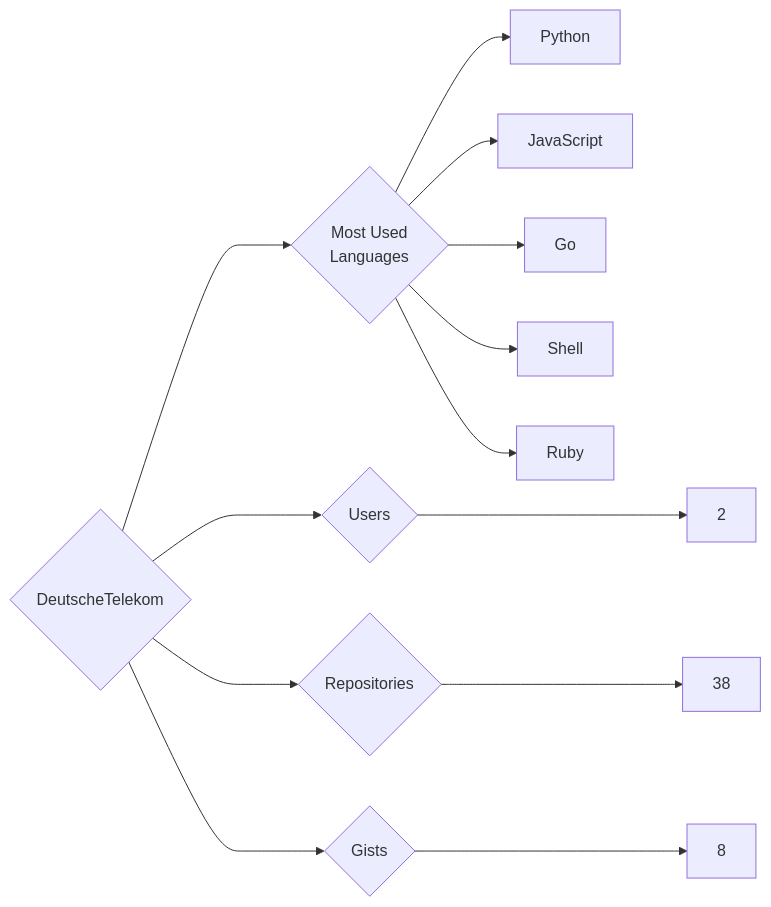
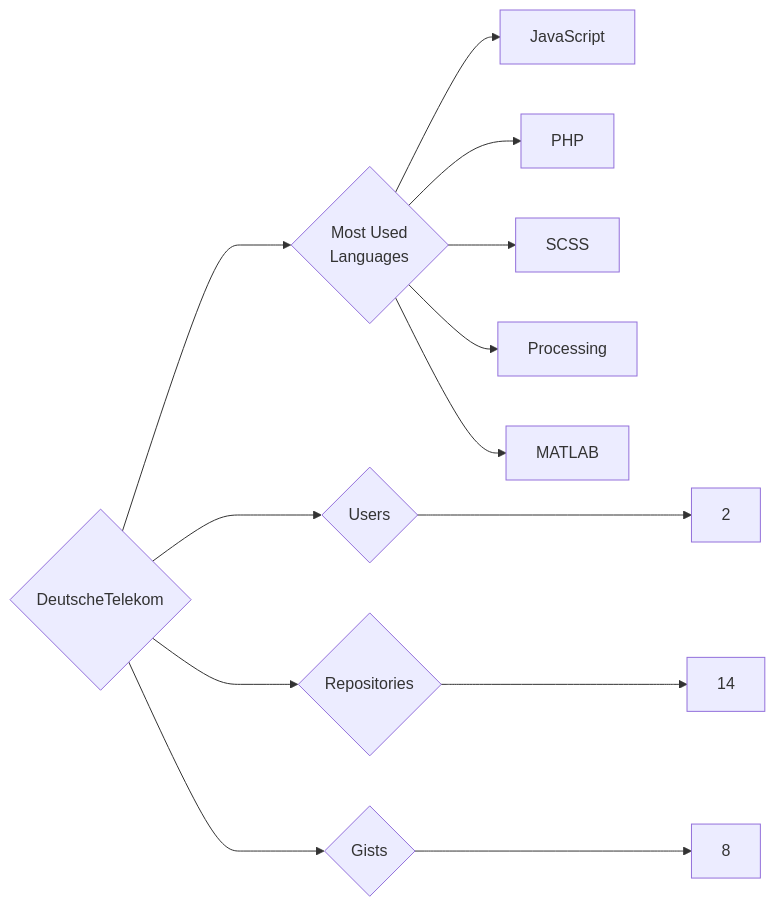
The diagram in targets/DeutscheTelekom/README.md (trickest/insiders), drawn with Mermaid before and after one commit. The commit also changed 1078 other files, not shown here.

````diff
--- a/targets/DeutscheTelekom/README.md
+++ b/targets/DeutscheTelekom/README.md
@@ -3,13 +3,13 @@
 ```mermaid
 graph LR
 COMPANY_NAME{DeutscheTelekom}
 COMPANY_NAME ---> U{Users} ---> UN[2]
-COMPANY_NAME ---> R{Repositories} ---> RN[38]
+COMPANY_NAME ---> R{Repositories} ---> RN[14]
 COMPANY_NAME ---> G{Gists} ---> GN[8]
 COMPANY_NAME ---> ML{Most Used<br>Languages}
-ML --> Python[Python]
 ML --> JavaScript[JavaScript]
-ML --> Go[Go]
-ML --> Shell[Shell]
-ML --> Ruby[Ruby]
+ML --> PHP[PHP]
+ML --> SCSS[SCSS]
+ML --> Processing[Processing]
+ML --> MATLAB[MATLAB]
 ```
````
